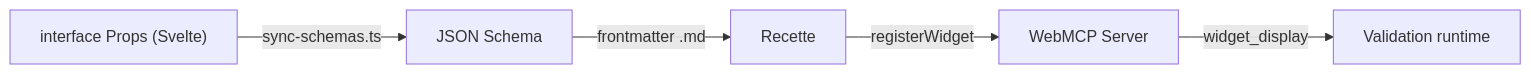
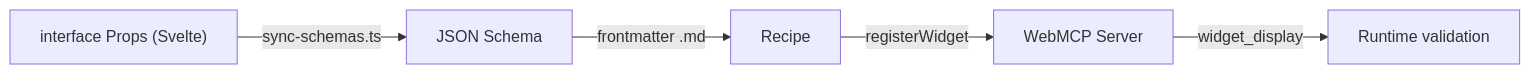
Before and after one commit to jeanbaptiste/webmcp-auto-ui: the sixth of 11 diagrams in docs/starlight/src/content/docs/tutorials/architecture-mcp-webmcp.mdx, drawn with Mermaid. The commit also changed other lines of this file and 94 other files, not shown here.

````diff
--- a/docs/starlight/src/content/docs/tutorials/architecture-mcp-webmcp.mdx
+++ b/docs/starlight/src/content/docs/tutorials/architecture-mcp-webmcp.mdx
@@ -220,7 +205,7 @@
 ```mermaid
 graph LR
     A["interface Props (Svelte)"] -->|sync-schemas.ts| B["JSON Schema"]
-    B -->|frontmatter .md| C["Recette"]
+    B -->|frontmatter .md| C["Recipe"]
     C -->|registerWidget| D["WebMCP Server"]
-    D -->|widget_display| E["Validation runtime"]
+    D -->|widget_display| E["Runtime validation"]
 ```
````
